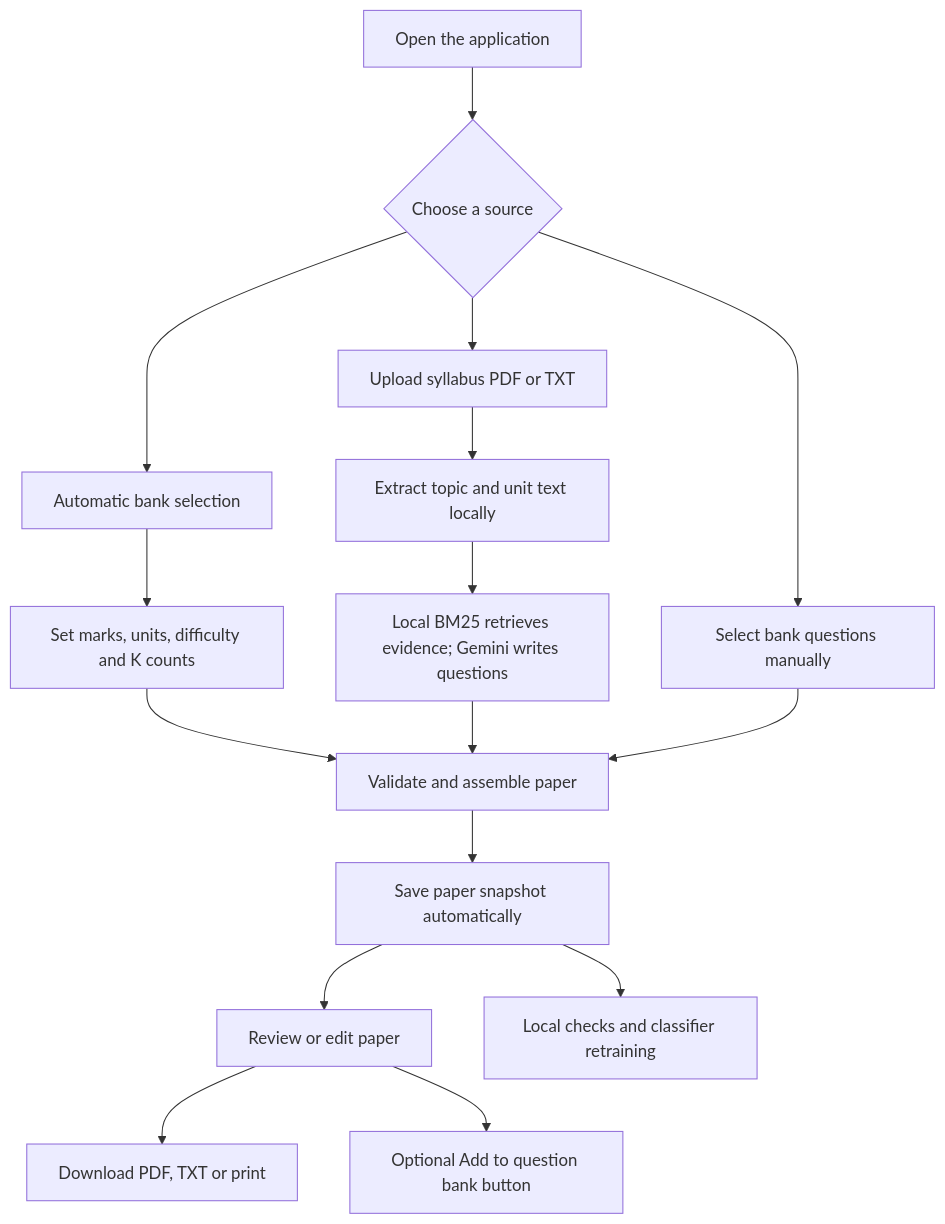
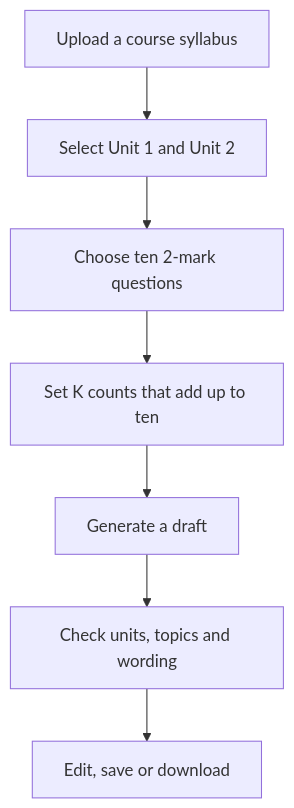
One commit to irfanshafi21/mini-project changed the seventh of 9 diagrams in README.md. Above: the diagram before and after it, drawn with Mermaid. The commit also changed other lines of this file, not shown here.

````diff
--- a/README.md
+++ b/README.md
@@ -225,18 +183,9 @@
-```mermaid
+~~~mermaid
 flowchart TD
-  A[Open the application] --> B{Choose a source}
-  B --> C[Select bank questions manually]
-  B --> D[Automatic bank selection]
-  B --> E[Upload syllabus PDF or TXT]
-  D --> F[Set marks, units, difficulty and K counts]
-  E --> G[Extract topic and unit text locally]
-  G --> H[Local BM25 retrieves evidence; Gemini writes questions]
-  F --> I[Validate and assemble paper]
-  H --> I
-  C --> I
-  I --> J[Save paper snapshot automatically]
-  J --> K[Review or edit paper]
-  K --> L[Download PDF, TXT or print]
-  K --> M[Optional Add to question bank button]
-  J --> N[Local checks and classifier retraining]
-```
+  A[Upload a course syllabus] --> B[Select Unit 1 and Unit 2]
+  B --> C[Choose ten 2-mark questions]
+  C --> D[Set K counts that add up to ten]
+  D --> E[Generate a draft]
+  E --> F[Check units, topics and wording]
+  F --> G[Edit, save or download]
+~~~
````
